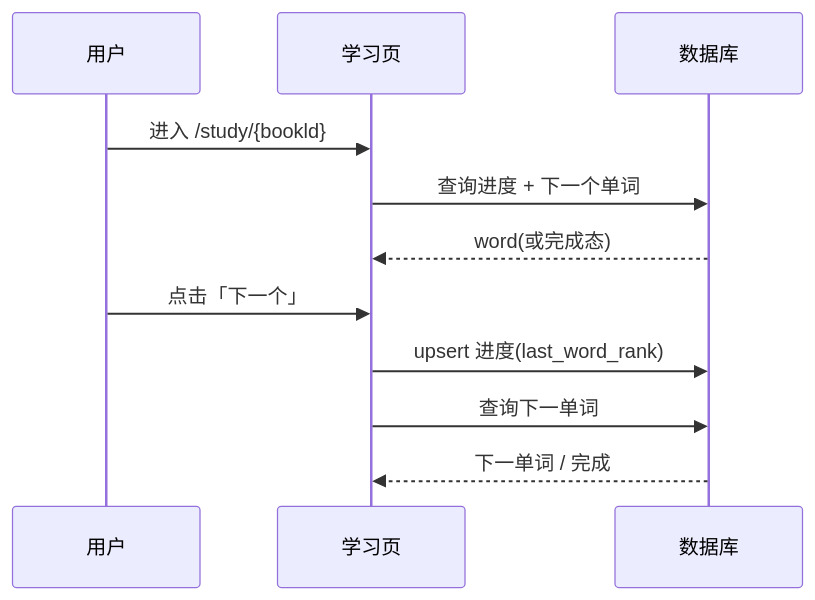
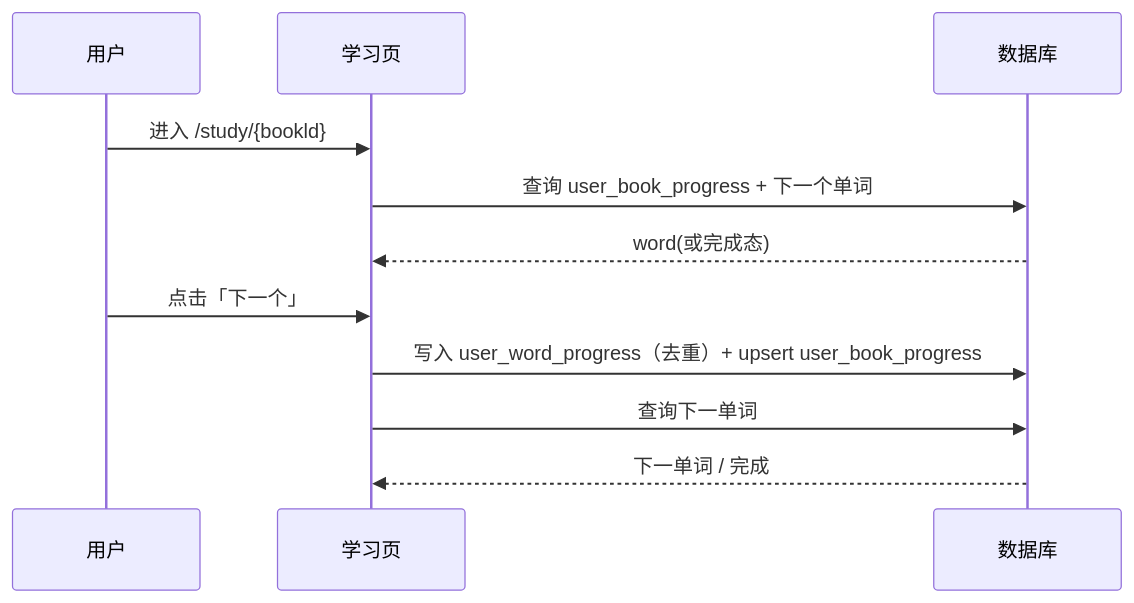
Before and after one commit to Jasper-Liao2026/wordslearn: the third of 3 diagrams in nextjs-starter/docs/proposal.md, drawn with Mermaid. The commit also changed other lines of this file and 1 other file, not shown here.

````diff
--- a/nextjs-starter/docs/proposal.md
+++ b/nextjs-starter/docs/proposal.md
@@ -578,13 +581,13 @@
 ```mermaid
 sequenceDiagram
   participant U as 用户
   participant S as 学习页
   participant D as 数据库
   U->>S: 进入 /study/{bookld}
-  S->>D: 查询进度 + 下一个单词
+  S->>D: 查询 user_book_progress + 下一个单词
   D-->>S: word(或完成态)
   U->>S: 点击「下一个」
-  S->>D: upsert 进度(last_word_rank)
+  S->>D: 写入 user_word_progress（去重）+ upsert user_book_progress
   S->>D: 查询下一单词
   D-->>S: 下一单词 / 完成
 ```
````
